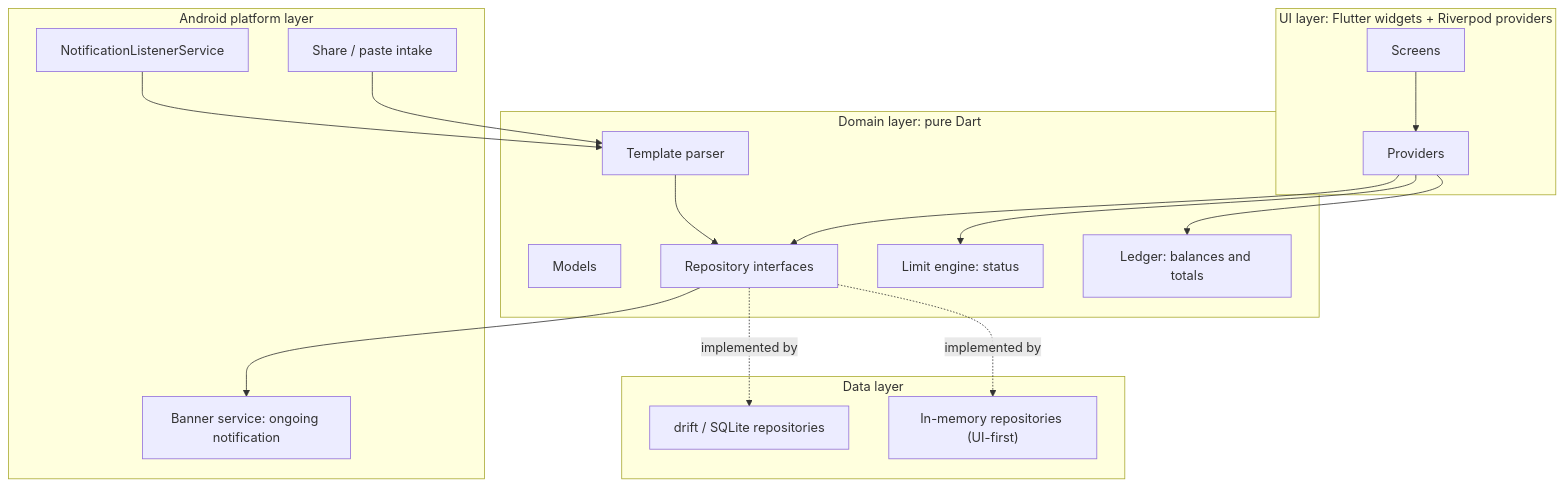
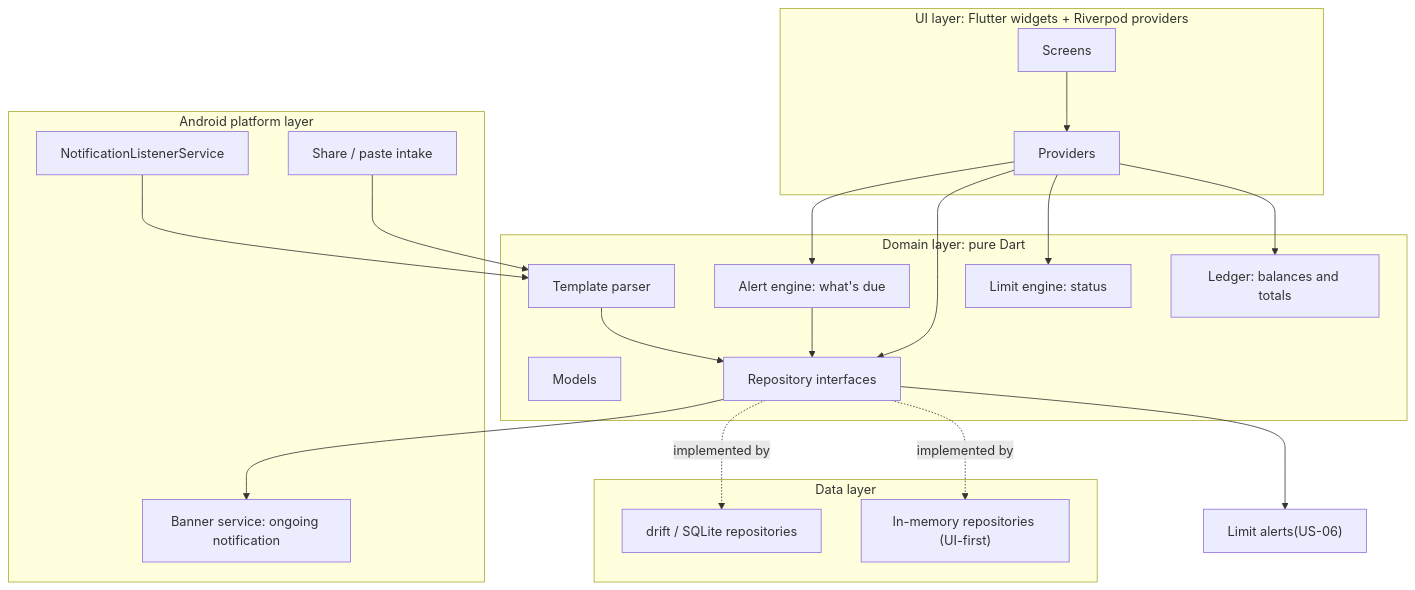
The first of 3 diagrams in docs/design.md (MoMalley254/fuata), drawn with Mermaid before and after one commit. The commit also changed other lines of this file and 5 other files, not shown here.

````diff
--- a/docs/design.md
+++ b/docs/design.md
@@ -11,31 +11,35 @@
 ```mermaid
 flowchart TB
   subgraph UI["UI layer: Flutter widgets + Riverpod providers"]
     Screens --> Providers
   end
   subgraph Domain["Domain layer: pure Dart"]
     Models["Models"]
     Ledger["Ledger: balances and totals"]
     Limits["Limit engine: status"]
+    Alerts["Alert engine: what's due"]
     Parser["Template parser"]
     Repos["Repository interfaces"]
   end
   subgraph Data["Data layer"]
     Mock["In-memory repositories (UI-first)"]
     Drift["drift / SQLite repositories"]
   end
   subgraph Platform["Android platform layer"]
     Banner["Banner service: ongoing notification"]
     Listener["NotificationListenerService"]
     Share["Share / paste intake"]
   end
   Providers --> Ledger
   Providers --> Limits
   Providers --> Repos
+  Providers --> Alerts
+  Alerts --> Repos
+  Repos -->AlertsPlatform["Limit alerts(US-06)"]
   Repos -.->|implemented by| Mock
   Repos -.->|implemented by| Drift
   Listener --> Parser
   Share --> Parser
   Parser --> Repos
   Repos --> Banner
 ```
````
